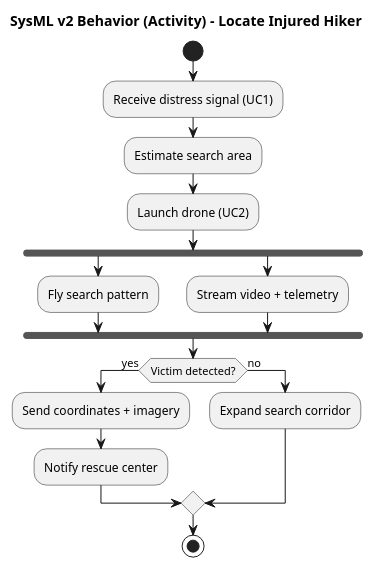
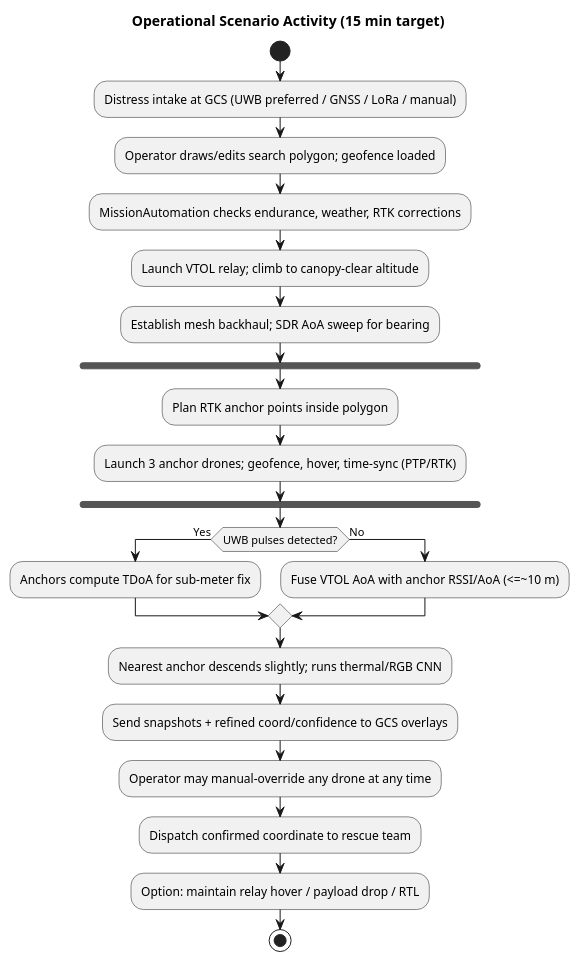
Before and after one commit to svaichu/agdesign: the second of 2 diagrams in output.puml, drawn with PlantUML. The commit also changed other lines of this file and 18 other files, not shown here.

Commit message:
Remove obsolete SysML v2 parametric diagram files (PNG and SVG) as they are no longer needed for the project.

```diff
--- a/output.puml
+++ b/output.puml
@@ -129,19 +211,24 @@
-@startuml sysmlv2_behavior
-title SysML v2 Behavior (Activity) - Locate Injured Hiker
+@startuml
+title Operational Scenario Activity (15 min target)
 start
-:Receive distress signal (UC1);
-:Estimate search area;
-:Launch drone (UC2);
+:Distress intake at GCS (UWB preferred / GNSS / LoRa / manual);
+:Operator draws/edits search polygon; geofence loaded;
+:MissionAutomation checks endurance, weather, RTK corrections;
+:Launch VTOL relay; climb to canopy-clear altitude;
+:Establish mesh backhaul; SDR AoA sweep for bearing;
 fork
-  :Fly search pattern;
-fork again
-  :Stream video + telemetry;
+  :Plan RTK anchor points inside polygon;
+  :Launch 3 anchor drones; geofence, hover, time-sync (PTP/RTK);
 end fork
-if (Victim detected?) then (yes)
-  :Send coordinates + imagery;
-  :Notify rescue center;
-else (no)
-  :Expand search corridor;
+if (UWB pulses detected?) then (Yes)
+  :Anchors compute TDoA for sub-meter fix;
+else (No)
+  :Fuse VTOL AoA with anchor RSSI/AoA (<=~10 m);
 endif
+:Nearest anchor descends slightly; runs thermal/RGB CNN;
+:Send snapshots + refined coord/confidence to GCS overlays;
+:Operator may manual-override any drone at any time;
+:Dispatch confirmed coordinate to rescue team;
+:Option: maintain relay hover / payload drop / RTL;
 stop
 @enduml
```
